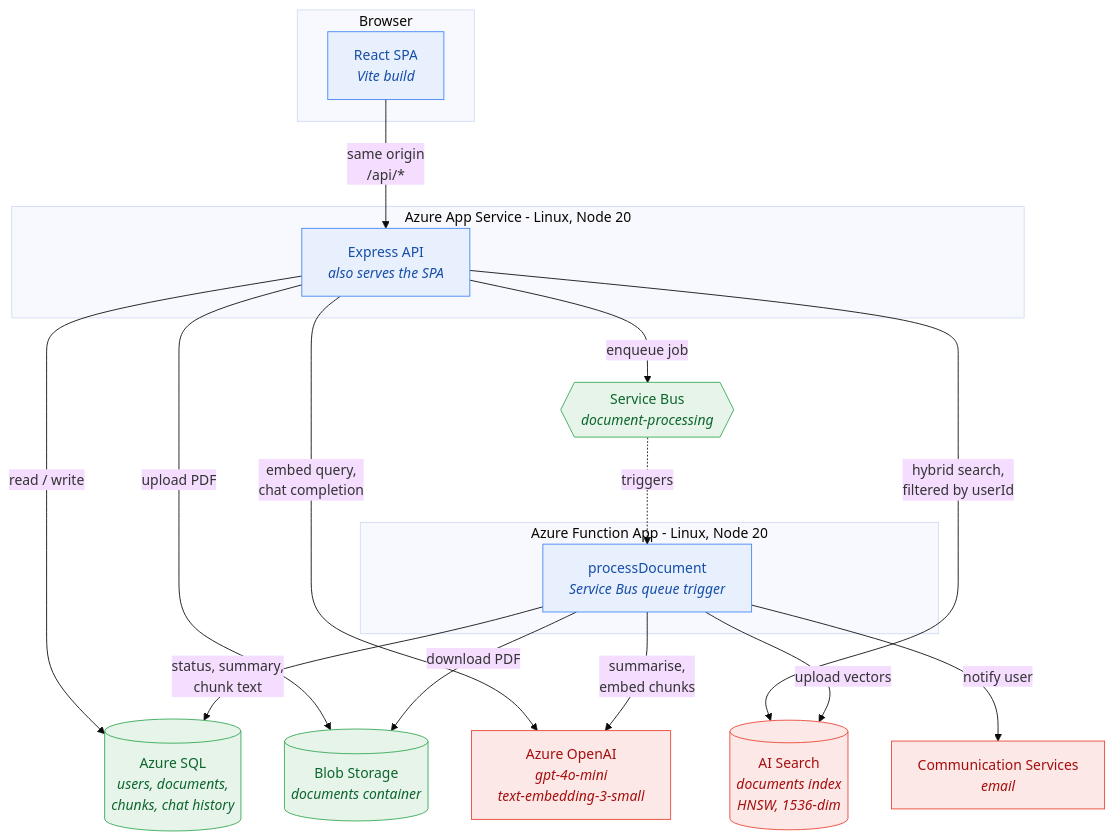
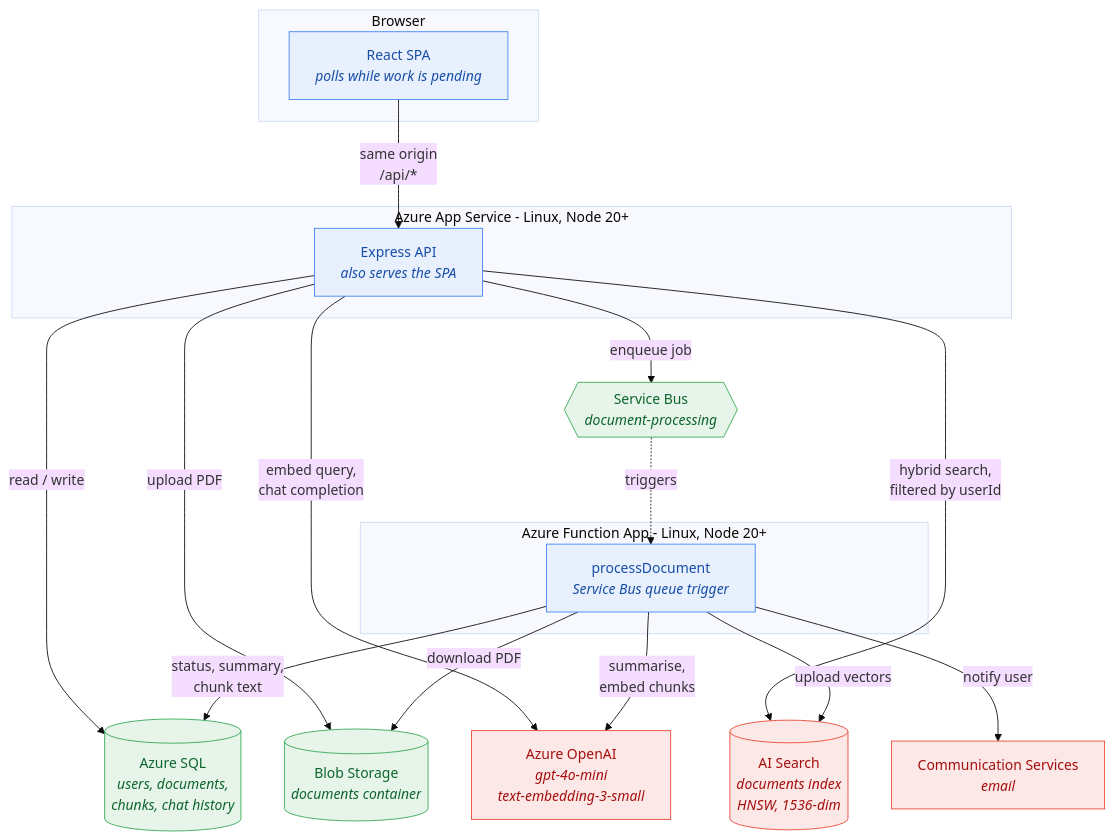
One commit to sahilxpatel/Documind-AI changed the first of 5 diagrams in README.md. Above: the diagram before and after it, drawn with Mermaid (base theme). The commit also changed other lines of this file and 1 other file, not shown here.

````diff
--- a/README.md
+++ b/README.md
@@ -24,43 +28,43 @@
 ```mermaid
 graph TB
     subgraph browser["Browser"]
-        UI["React SPA<br/><i>Vite build</i>"]
+        UI["React SPA<br/><i>polls while work is pending</i>"]
     end
 
-    subgraph appservice["Azure App Service - Linux, Node 20"]
+    subgraph appservice["Azure App Service - Linux, Node 20+"]
         API["Express API<br/><i>also serves the SPA</i>"]
     end
 
-    subgraph functionapp["Azure Function App - Linux, Node 20"]
+    subgraph functionapp["Azure Function App - Linux, Node 20+"]
         WORKER["processDocument<br/><i>Service Bus queue trigger</i>"]
     end
 
     SQL[("Azure SQL<br/><i>users, documents,<br/>chunks, chat history</i>")]
     BLOB[("Blob Storage<br/><i>documents container</i>")]
     BUS{{"Service Bus<br/><i>document-processing</i>"}}
     SEARCH[("AI Search<br/><i>documents index<br/>HNSW, 1536-dim</i>")]
     AOAI["Azure OpenAI<br/><i>gpt-4o-mini<br/>text-embedding-3-small</i>"]
     ACS["Communication Services<br/><i>email</i>"]
 
     UI -->|"same origin<br/>/api/*"| API
 
     API -->|"read / write"| SQL
     API -->|"upload PDF"| BLOB
     API -->|"enqueue job"| BUS
     API -->|"embed query,<br/>chat completion"| AOAI
     API -->|"hybrid search,<br/>filtered by userId"| SEARCH
 
     BUS -.->|"triggers"| WORKER
     WORKER -->|"download PDF"| BLOB
     WORKER -->|"summarise,<br/>embed chunks"| AOAI
     WORKER -->|"upload vectors"| SEARCH
     WORKER -->|"status, summary,<br/>chunk text"| SQL
     WORKER -->|"notify user"| ACS
 
     classDef compute fill:#e8f0fe,stroke:#4285f4,color:#174ea6
     classDef data fill:#e6f4ea,stroke:#34a853,color:#0d652d
     classDef ai fill:#fce8e6,stroke:#ea4335,color:#a50e0e
     class API,WORKER,UI compute
     class SQL,BLOB,BUS data
     class SEARCH,AOAI,ACS ai
 ```
````
